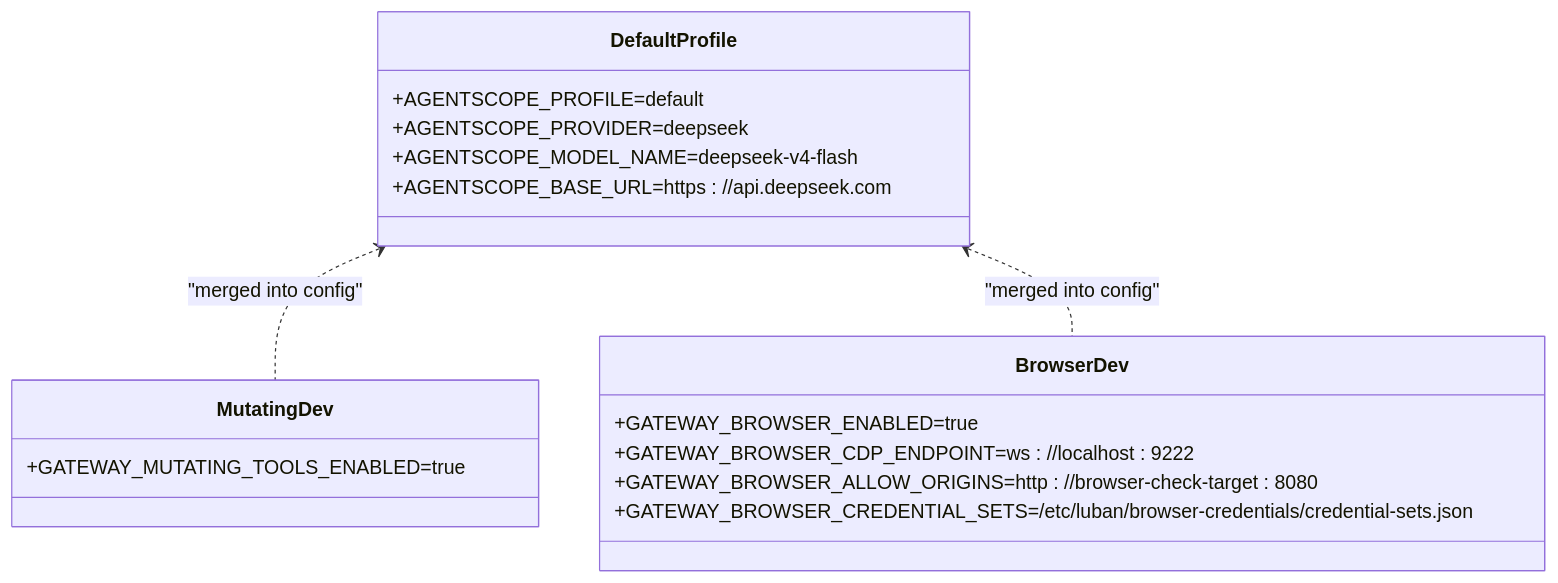
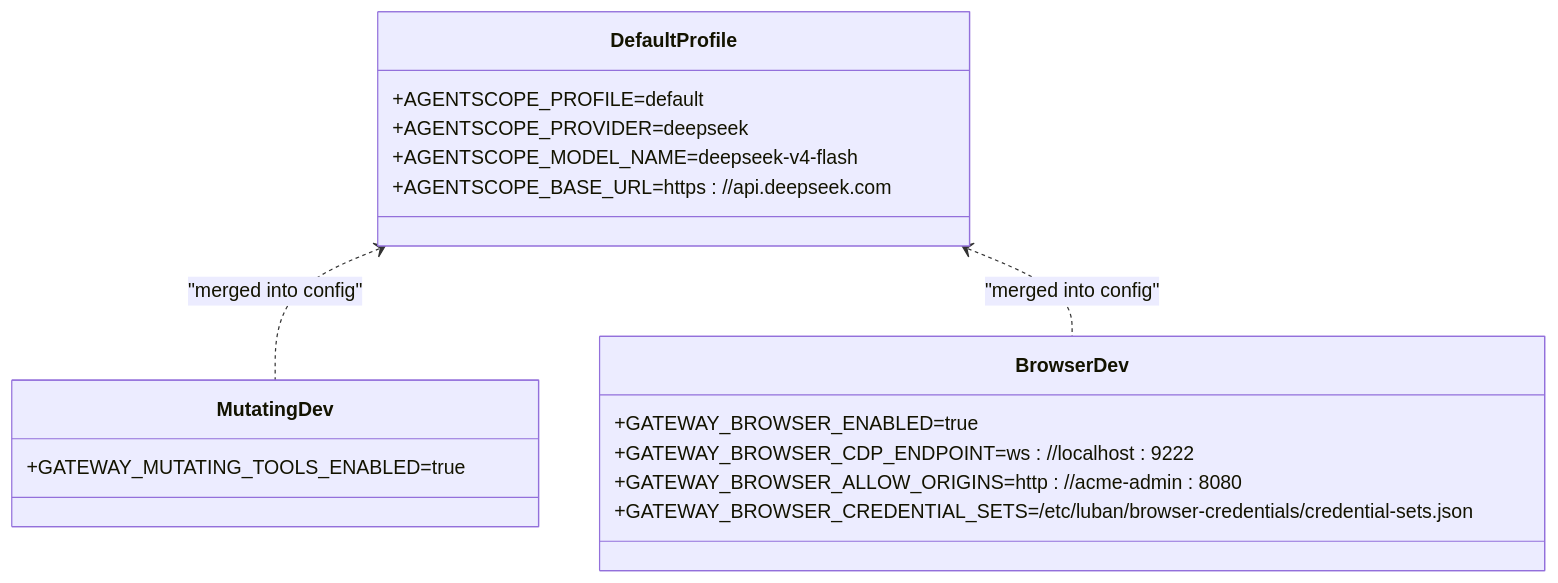
Before and after one commit to metasync/luban-aiops: the fourth of 7 diagrams in .qoder/repowiki/en/content/Deployment and Operations/Kubernetes Deployment/Kubernetes Deployment.md, drawn with Mermaid. The commit also changed other lines of this file and 102 other files, not shown here.

````diff
--- a/.qoder/repowiki/en/content/Deployment and Operations/Kubernetes Deployment/Kubernetes Deployment.md
+++ b/.qoder/repowiki/en/content/Deployment and Operations/Kubernetes Deployment/Kubernetes Deployment.md
@@ -172,20 +179,20 @@
 ```mermaid
 classDiagram
 class DefaultProfile {
 +AGENTSCOPE_PROFILE=default
 +AGENTSCOPE_PROVIDER=deepseek
 +AGENTSCOPE_MODEL_NAME=deepseek-v4-flash
 +AGENTSCOPE_BASE_URL=https : //api.deepseek.com
 }
 class MutatingDev {
 +GATEWAY_MUTATING_TOOLS_ENABLED=true
 }
 class BrowserDev {
 +GATEWAY_BROWSER_ENABLED=true
 +GATEWAY_BROWSER_CDP_ENDPOINT=ws : //localhost : 9222
-+GATEWAY_BROWSER_ALLOW_ORIGINS=http : //browser-check-target : 8080
++GATEWAY_BROWSER_ALLOW_ORIGINS=http : //acme-admin : 8080
 +GATEWAY_BROWSER_CREDENTIAL_SETS=/etc/luban/browser-credentials/credential-sets.json
 }
 DefaultProfile <.. MutatingDev : "merged into config"
 DefaultProfile <.. BrowserDev : "merged into config"
 ```
````
